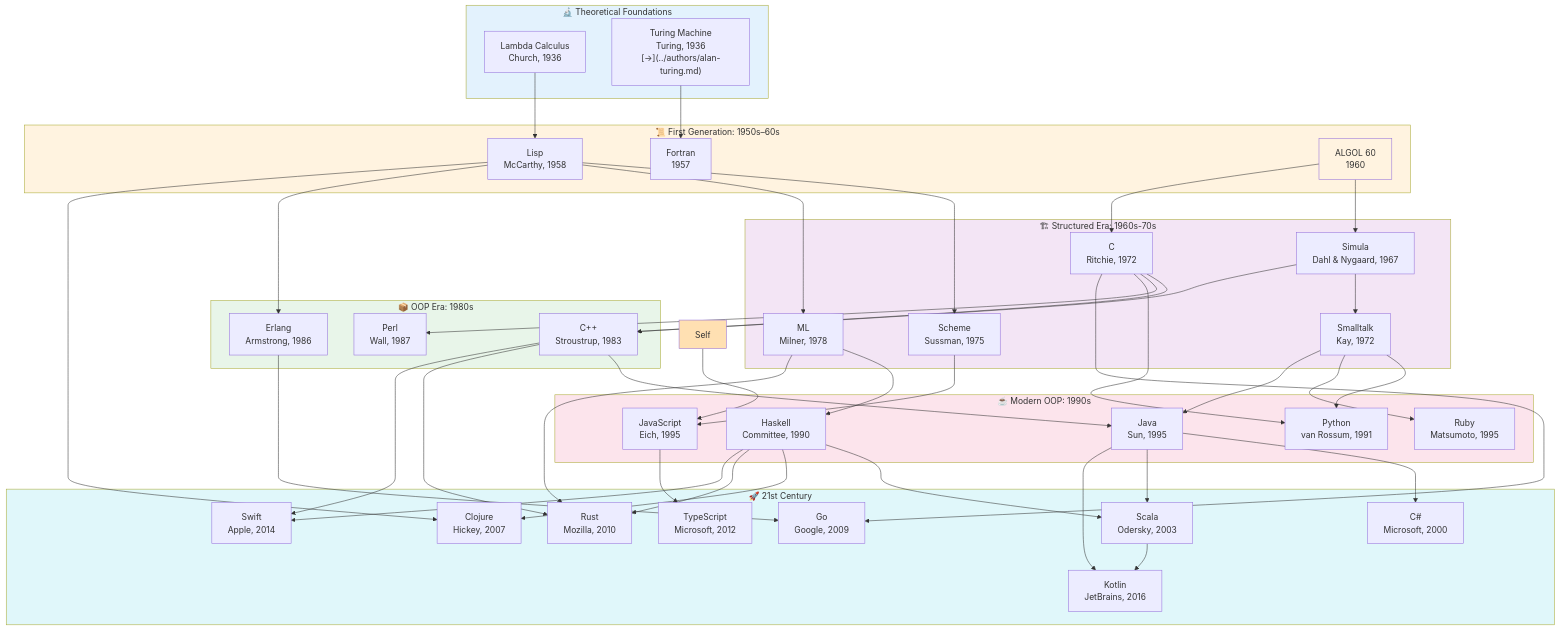
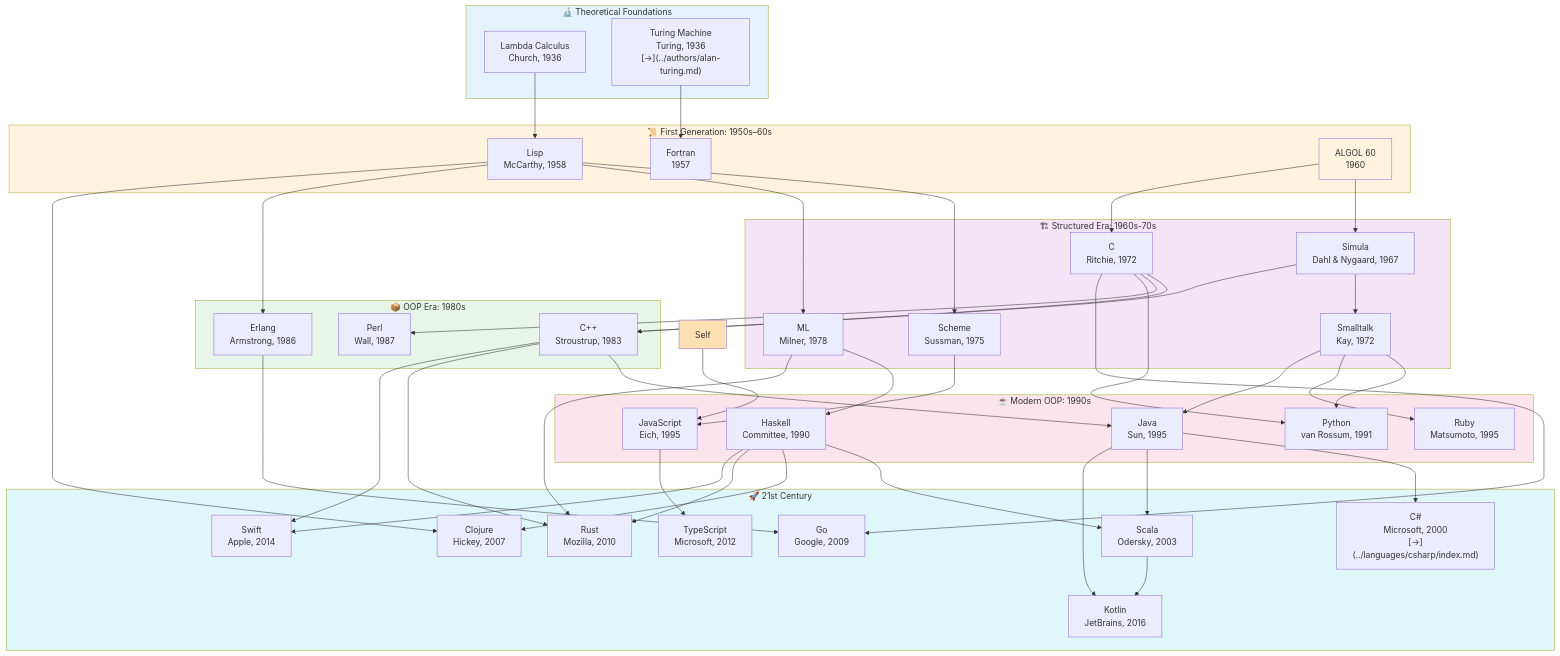
Before and after one commit to akardapolov/software-atlas: the first of 6 diagrams in docs/maps/languages-genealogy.md, drawn with Mermaid. The commit also changed 19 other files, not shown here.

```diff
--- a/docs/maps/languages-genealogy.md
+++ b/docs/maps/languages-genealogy.md
@@ -40,7 +40,7 @@
     end
 
     subgraph TwentyFirst["🚀 21st Century"]
-        CSharp["C#<br/>Microsoft, 2000"]
+        CSharp["C#<br/>Microsoft, 2000<br/>[→](../languages/csharp/index.md)"]
         Scala["Scala<br/>Odersky, 2003"]
         Clojure["Clojure<br/>Hickey, 2007"]
         Go["Go<br/>Google, 2009"]
```
